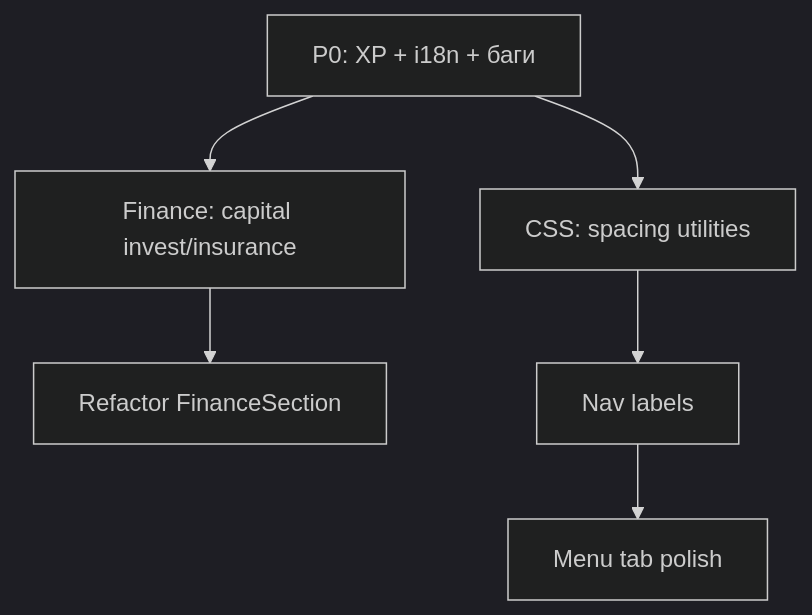
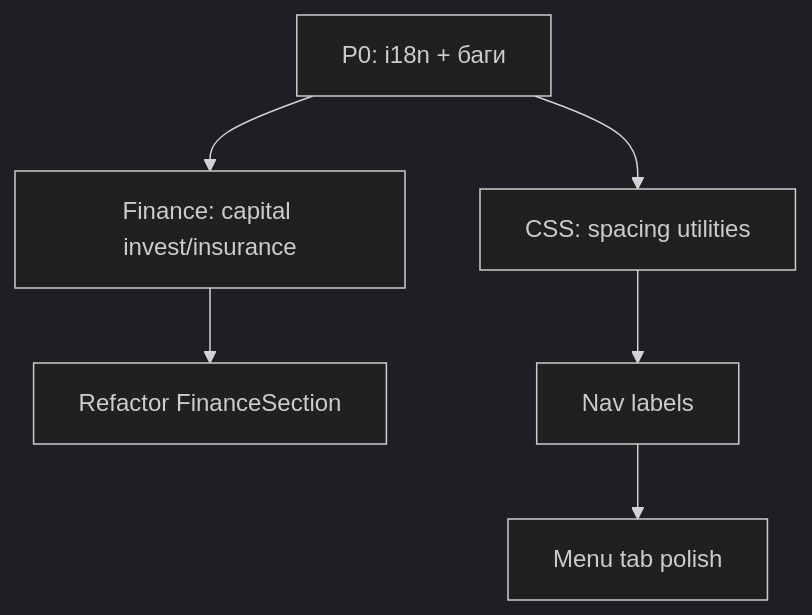
Before and after one commit to avyakunichkin-code/telegram-mini-app: the diagram in docs/specs/SPEC_FRONTEND_UI.md, drawn with Mermaid (dark theme). The commit also changed other lines of this file and 36 other files, not shown here.

Commit message:
Обновление документации и кода после удаления механики уровней и XP. Внесены изменения в схемы данных, маршруты API и логику обработки достижений. Обновлены тесты и документация для отражения новых правил прогрессии, основанных на периодах и событиях, без использования уровней персонажа.

````diff
--- a/docs/specs/SPEC_FRONTEND_UI.md
+++ b/docs/specs/SPEC_FRONTEND_UI.md
@@ -304,14 +304,14 @@
 ```mermaid
 flowchart TD
-  P0[P0: XP + i18n + баги]
+  P0[P0: i18n + баги]
   DS[CSS: spacing utilities]
   FIN[Finance: capital invest/insurance]
   REF[Refactor FinanceSection]
   NAV[Nav labels]
   MENU[Menu tab polish]
   P0 --> DS
   P0 --> FIN
   FIN --> REF
   DS --> NAV
   NAV --> MENU
 ```
````
